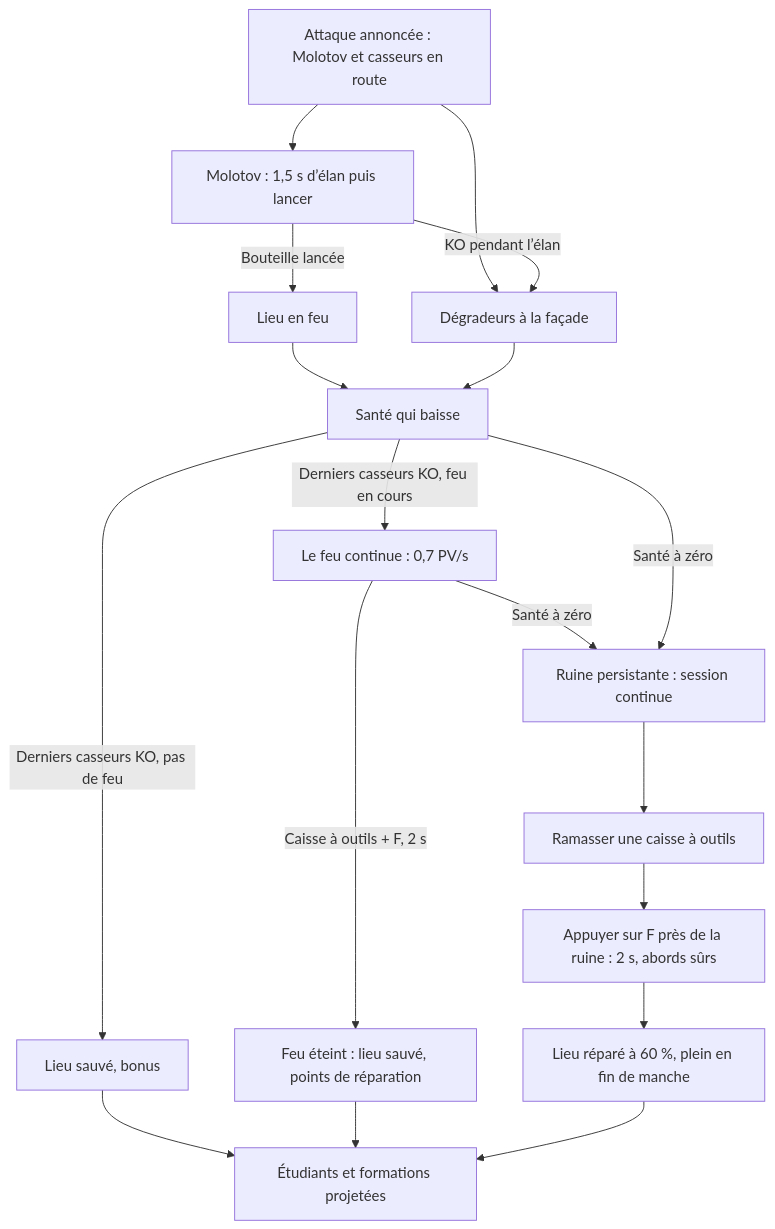
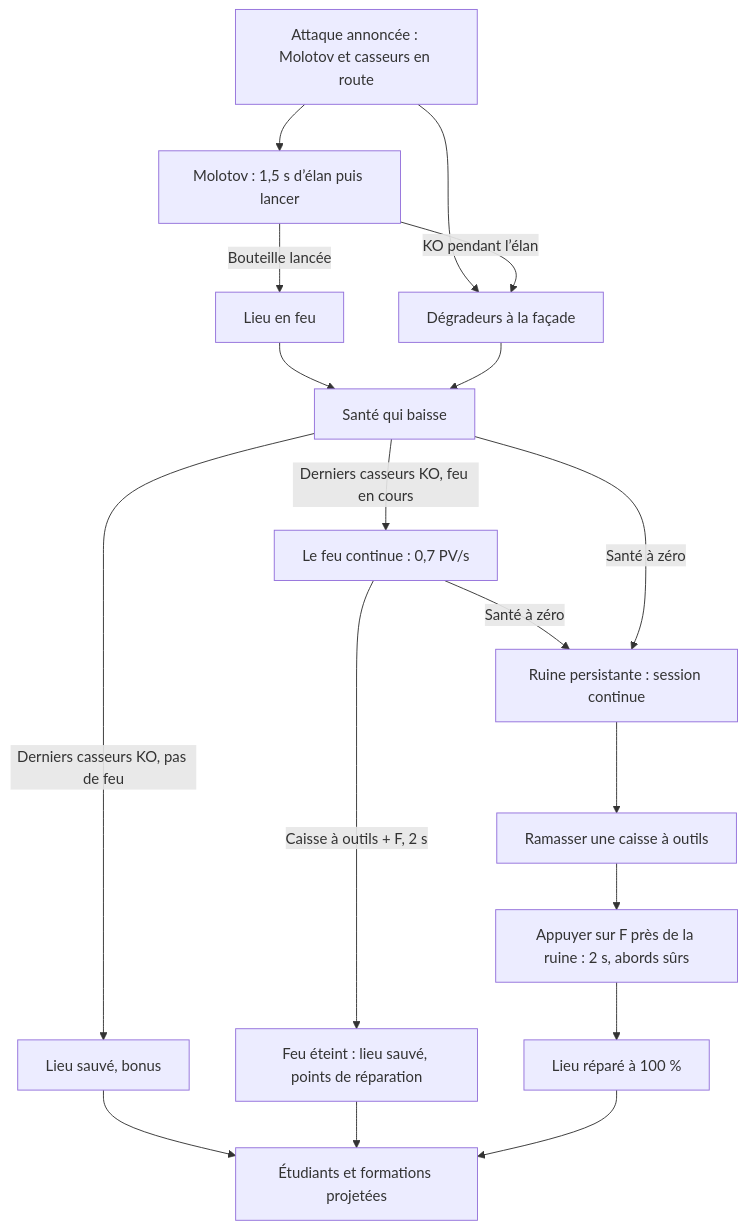
One commit to thlaure/BreakBreaker changed the second of 2 diagrams in docs/CAHIER_DES_CHARGES.md. Above: the diagram before and after it, drawn with Mermaid. The commit also changed other lines of this file and 6 other files, not shown here.

````diff
--- a/docs/CAHIER_DES_CHARGES.md
+++ b/docs/CAHIER_DES_CHARGES.md
@@ -410,20 +410,20 @@
 ```mermaid
 flowchart TD
   A[Attaque annoncée : Molotov et casseurs en route] --> B[Molotov : 1,5 s d’élan puis lancer]
   A --> C[Dégradeurs à la façade]
   B -->|KO pendant l’élan| C
   B -->|Bouteille lancée| D[Lieu en feu]
   D --> E[Santé qui baisse]
   C --> E
   E -->|Derniers casseurs KO, pas de feu| F[Lieu sauvé, bonus]
   E -->|Derniers casseurs KO, feu en cours| S[Le feu continue : 0,7 PV/s]
   S -->|Caisse à outils + F, 2 s| F2[Feu éteint : lieu sauvé, points de réparation]
   S -->|Santé à zéro| G
   E -->|Santé à zéro| G[Ruine persistante : session continue]
   G --> H[Ramasser une caisse à outils]
   H --> I[Appuyer sur F près de la ruine : 2 s, abords sûrs]
-  I --> J[Lieu réparé à 60 %, plein en fin de manche]
+  I --> J[Lieu réparé à 100 %]
   F --> K[Étudiants et formations projetées]
   F2 --> K
   J --> K
 ```
````
